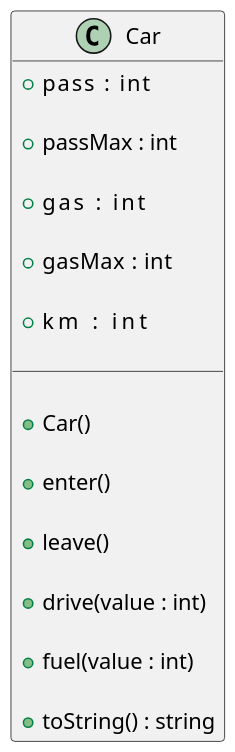
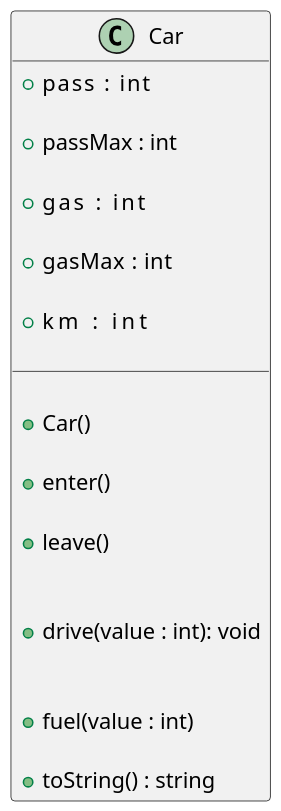
One commit to qxcodepoo/arcade changed the diagram in base/002/diagrama.puml. Above: the diagram before and after it, drawn with PlantUML. The commit also changed 14 other files, not shown here.

```diff
--- a/base/002/diagrama.puml
+++ b/base/002/diagrama.puml
@@ -2,54 +2,56 @@
-@startuml
+@startuml diagrama
 
 skinparam defaultFontName Hasklig
 skinparam dpi 150
 '==
 class Car {
   ' quantidade de passageiros no carro
   + pass    : int
 
   ' máximo de passageiros que o carro suporta
   + passMax : int
 
   ' gasolina atual do carro
   + gas     : int
 
   ' máximo de gasolina que o carro suporta
   + gasMax  : int
 
   ' quilometragem atual do carro
   + km      : int
 
   __
   
   ' inicializar todos os atributos
   ' inicializar com tanque vazio
   ' 0 passageiros
   ' 0 de quilometragem
   ' máximo de 2 pessoas
   ' máximo de 100 litros de gasolina
   + Car()
 
   ' embarca uma pessoa no carro
   ' verifique se o carro não estiver lotado
   + enter()
   
   ' desembarca uma pessoa por vez
   ' verifique se tem alguém no carro
   + leave()
   
   ' percorre value quilometros com o carro
   ' gasta um litro de gas para cada km de distancia
   ' verifique se tem alguém no carro
   ' verifique se tem gasolina suficiente
-  + drive(value : int)
+
+  + drive(value : int): void
   
   ' incrementa gasolina no tanque de value
   ' caso tente abastecer acima do limite de gasMax
   '   o valor em excesso deve ser descartado
+  
   + fuel(value : int)
 
   + toString() : string
 }
 '--
 @enduml
```
